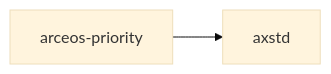
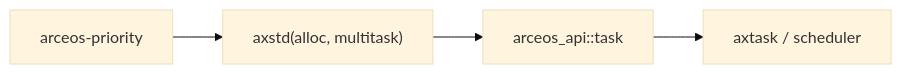
One commit to rcore-os/tgoskits changed the second of 2 diagrams in docs/crates/arceos-priority.md. Above: the diagram before and after it, drawn with Mermaid (base theme). The commit also changed other lines of this file and 99 other files, not shown here.

````diff
--- a/docs/crates/arceos-priority.md
+++ b/docs/crates/arceos-priority.md
@@ -32,5 +79,6 @@
 ```mermaid
 graph LR
-    current["arceos-priority"]
-    current --> axstd["axstd"]
+    test["arceos-priority"] --> axstd["axstd(alloc, multitask)"]
+    axstd --> arceos_api["arceos_api::task"]
+    arceos_api --> axtask["axtask / scheduler"]
 ```
````
